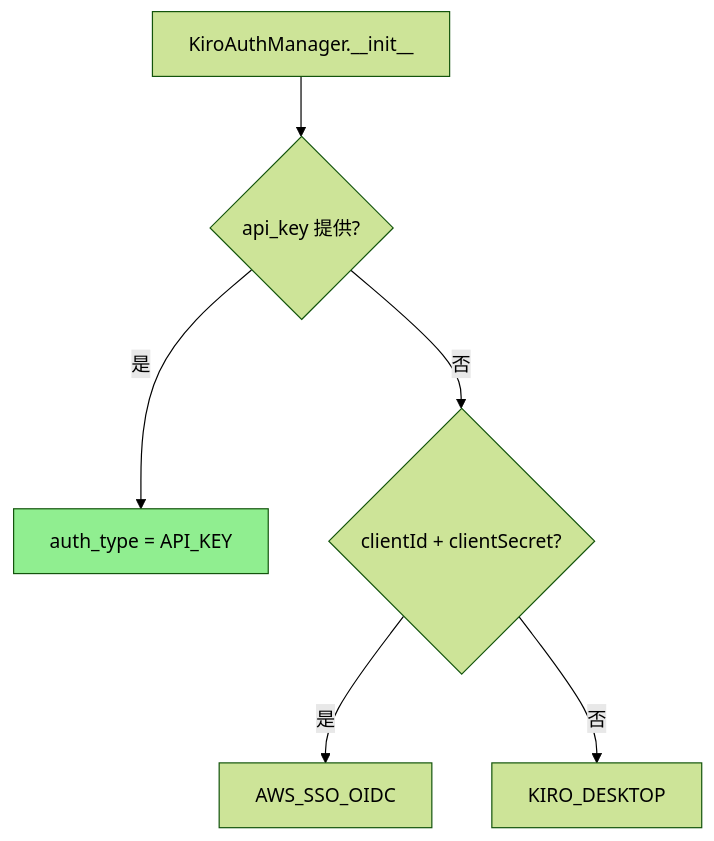
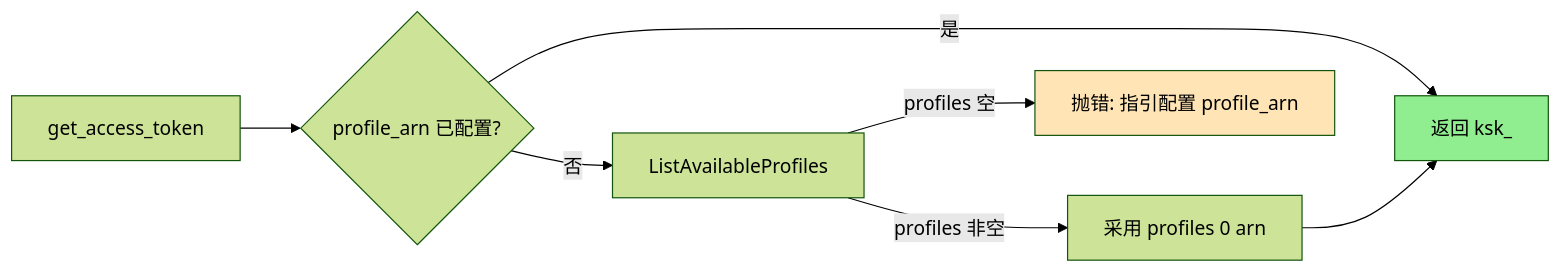
The second of 3 diagrams in docs/zh/API_KEY_AUTH_POC_RESULT.md (liangyimingcom/kiro-gateway_jwadow), drawn with Mermaid (forest theme) before and after one commit. The commit also changed other lines of this file and 6 other files, not shown here.

First line of the commit message:
feat(auth): API key as session credential - explicit profile_arn + skip ListAvailableModels

````diff
--- a/docs/zh/API_KEY_AUTH_POC_RESULT.md
+++ b/docs/zh/API_KEY_AUTH_POC_RESULT.md
@@ -152,9 +93,10 @@
 ```mermaid
-flowchart TD
-    INIT[KiroAuthManager.__init__] --> C1{api_key 提供?}
-    C1 -->|是| AK[auth_type = API_KEY]
-    C1 -->|否| C2{clientId + clientSecret?}
-    C2 -->|是| OIDC[AWS_SSO_OIDC]
-    C2 -->|否| DESK[KIRO_DESKTOP]
-    style AK fill:#90EE90
+flowchart LR
+    GAT[get_access_token] --> PA{profile_arn 已配置?}
+    PA -->|是| KEY[返回 ksk_]
+    PA -->|否| LP[ListAvailableProfiles]
+    LP -->|profiles 非空| ADOPT[采用 profiles 0 arn] --> KEY
+    LP -->|profiles 空| RAISE[抛错: 指引配置 profile_arn]
+    style KEY fill:#90EE90
+    style RAISE fill:#FFE4B5
 ```
````
